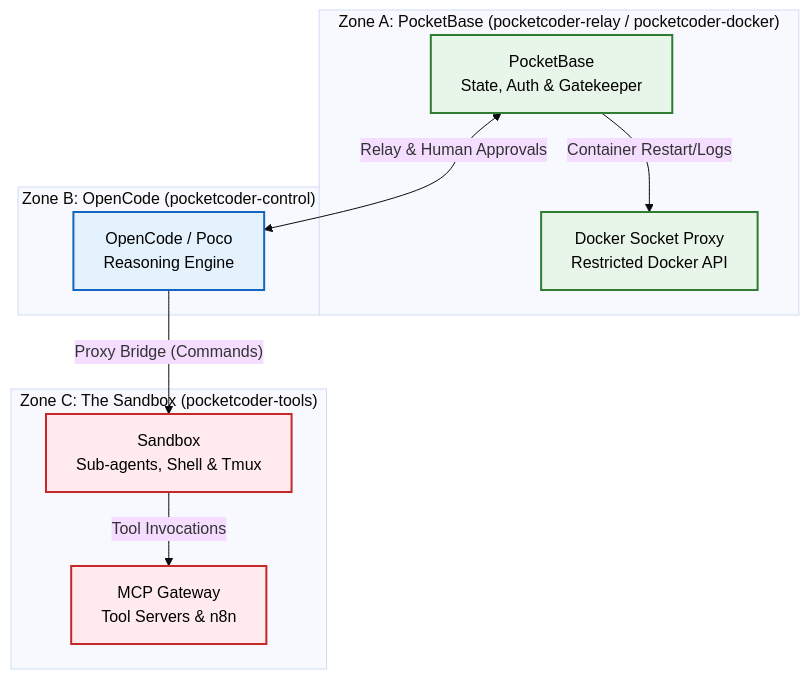
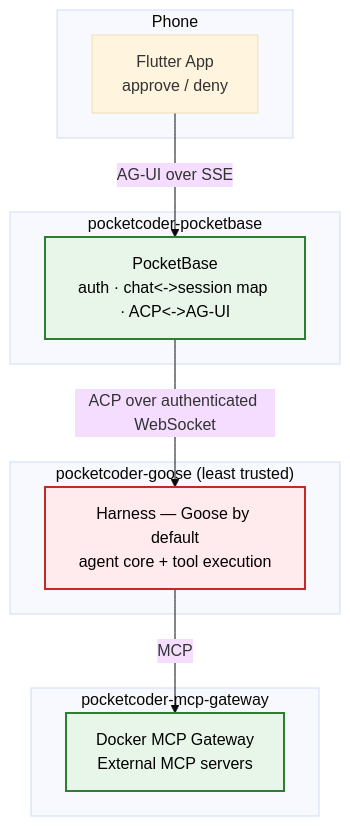
Before and after one commit to qtpi-bonding-org/pocketcoder: the diagram in website/src/content/docs/architecture.md, drawn with Mermaid (base theme). The commit also changed other lines of this file and 2 other files, not shown here.

First line of the commit message:
docs: soften absolute security claims, drop c1/c2/c3 container labels

````diff
--- a/website/src/content/docs/architecture.md
+++ b/website/src/content/docs/architecture.md
@@ -19,32 +20,26 @@
 ```mermaid
 graph TD
-    %% Zones
-    subgraph "Zone A: PocketBase (pocketcoder-relay / pocketcoder-docker)"
-        PB[PocketBase<br/>State, Auth & Gatekeeper]
-        DSP[Docker Socket Proxy<br/>Restricted Docker API]
+    subgraph "Phone"
+        F[Flutter App<br/>approve / deny]
+    end
+    subgraph "pocketcoder-pocketbase"
+        PB[PocketBase<br/>auth · chat<->session map · ACP<->AG-UI]
+    end
+    subgraph "pocketcoder-goose (least trusted)"
+        G[Harness — Goose by default<br/>agent core + tool execution]
+    end
+    subgraph "pocketcoder-mcp-gateway"
+        MCP[Docker MCP Gateway<br/>External MCP servers]
     end
 
-    subgraph "Zone B: OpenCode (pocketcoder-control)"
-        OC[OpenCode / Poco<br/>Reasoning Engine]
-    end
+    F -- "AG-UI over SSE" --> PB
+    PB -- "ACP over authenticated WebSocket" --> G
+    G -- "MCP" --> MCP
 
-    subgraph "Zone C: The Sandbox (pocketcoder-tools)"
-        SB[Sandbox<br/>Sub-agents, Shell & Tmux]
-        MCP[MCP Gateway<br/>Tool Servers & n8n]
-    end
+    classDef secure fill:#e8f5e9,stroke:#2e7d32,stroke-width:2px,color:#000
+    classDef untrusted fill:#ffebee,stroke:#c62828,stroke-width:2px,color:#000
 
-    %% Connections
-    PB -- "Relay & Human Approvals" <--> OC
-    PB -- "Container Restart/Logs" --> DSP
-    OC -- "Proxy Bridge (Commands)" --> SB
-    SB -- "Tool Invocations" --> MCP
-    
-    %% Styles
-    classDef secure fill:#e8f5e9,stroke:#2e7d32,stroke-width:2px,color:#000
-    classDef opencode fill:#e3f2fd,stroke:#1565c0,stroke-width:2px,color:#000
-    classDef danger fill:#ffebee,stroke:#c62828,stroke-width:2px,color:#000
-    
-    class PB,DSP secure
-    class OC opencode
-    class SB,MCP danger
+    class PB secure
+    class G untrusted
+    class MCP secure
 ```
````
